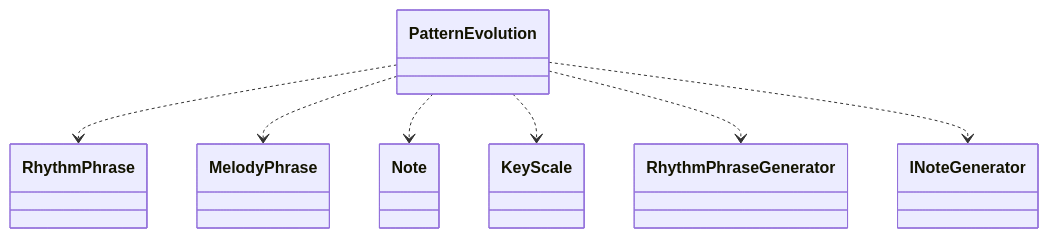
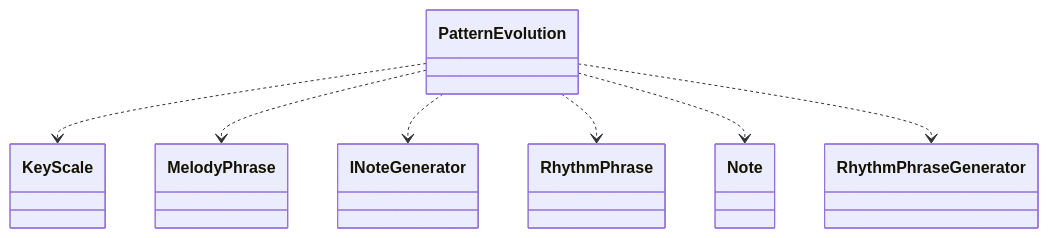
Before and after one commit to schnock-art/project_inspector: diagram 38 of 39 in test/test.md, drawn with Mermaid. The commit also changed other lines of this file and 1 other file, not shown here.

Commit message:
Removed empty mermaid

````diff
--- a/test/test.md
+++ b/test/test.md
@@ -655,9 +655,9 @@
 ```mermaid
 classDiagram
+PatternEvolution ..> KeyScale
+PatternEvolution ..> MelodyPhrase
+PatternEvolution ..> INoteGenerator
 PatternEvolution ..> RhythmPhrase
-PatternEvolution ..> MelodyPhrase
 PatternEvolution ..> Note
-PatternEvolution ..> KeyScale
 PatternEvolution ..> RhythmPhraseGenerator
-PatternEvolution ..> INoteGenerator
 ```
````
